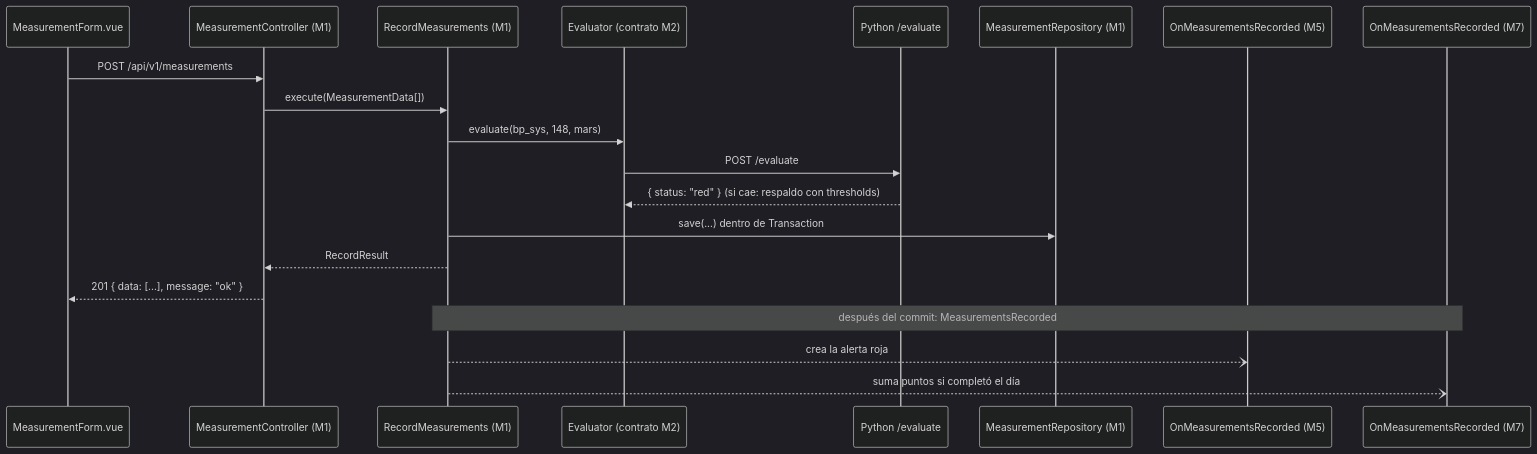
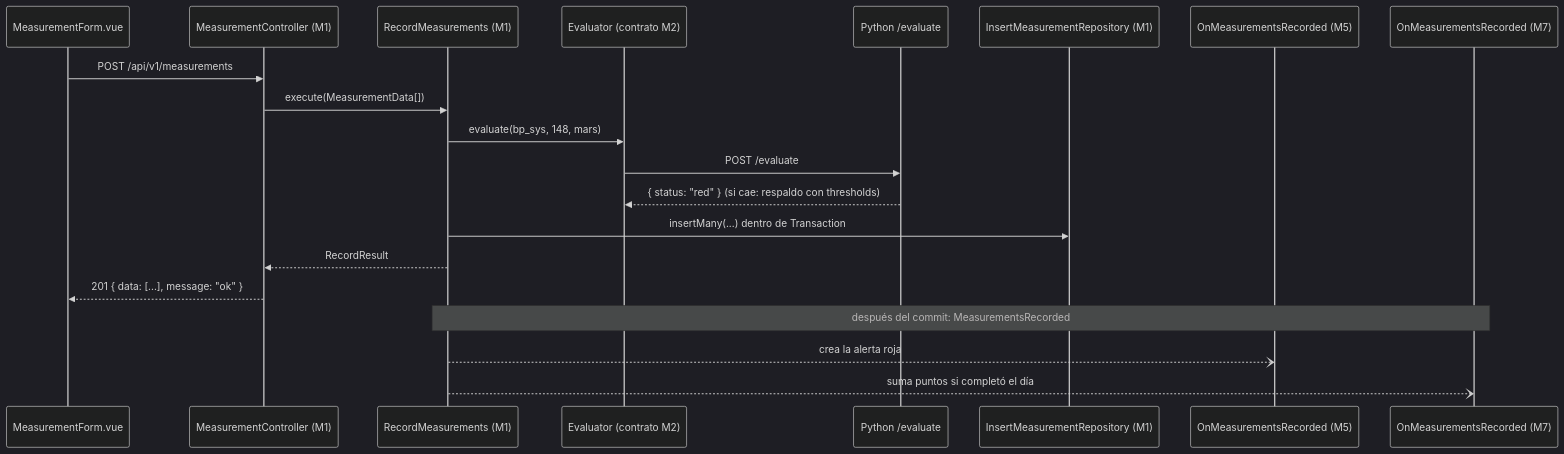
The fourth of 4 diagrams in documentacion/arquitectura/ARCHITECTURE.md (HACKATHON-NASA/ARTEMIS-III), drawn with Mermaid (dark theme) before and after one commit. The commit also changed other lines of this file and 45 other files, not shown here.

````diff
--- a/documentacion/arquitectura/ARCHITECTURE.md
+++ b/documentacion/arquitectura/ARCHITECTURE.md
@@ -277,22 +296,22 @@
 ```mermaid
 sequenceDiagram
     participant V as MeasurementForm.vue
     participant C as MeasurementController (M1)
     participant S as RecordMeasurements (M1)
     participant E as Evaluator (contrato M2)
     participant P as Python /evaluate
-    participant W as MeasurementRepository (M1)
+    participant W as InsertMeasurementRepository (M1)
     participant A as OnMeasurementsRecorded (M5)
     participant G as OnMeasurementsRecorded (M7)
     V->>C: POST /api/v1/measurements
     C->>S: execute(MeasurementData[])
     S->>E: evaluate(bp_sys, 148, mars)
     E->>P: POST /evaluate
     P-->>E: { status: "red" } (si cae: respaldo con thresholds)
-    S->>W: save(...) dentro de Transaction
+    S->>W: insertMany(...) dentro de Transaction
     S-->>C: RecordResult
     C-->>V: 201 { data: [...], message: "ok" }
     Note over S,G: después del commit: MeasurementsRecorded
     S--)A: crea la alerta roja
     S--)G: suma puntos si completó el día
 ```
````
